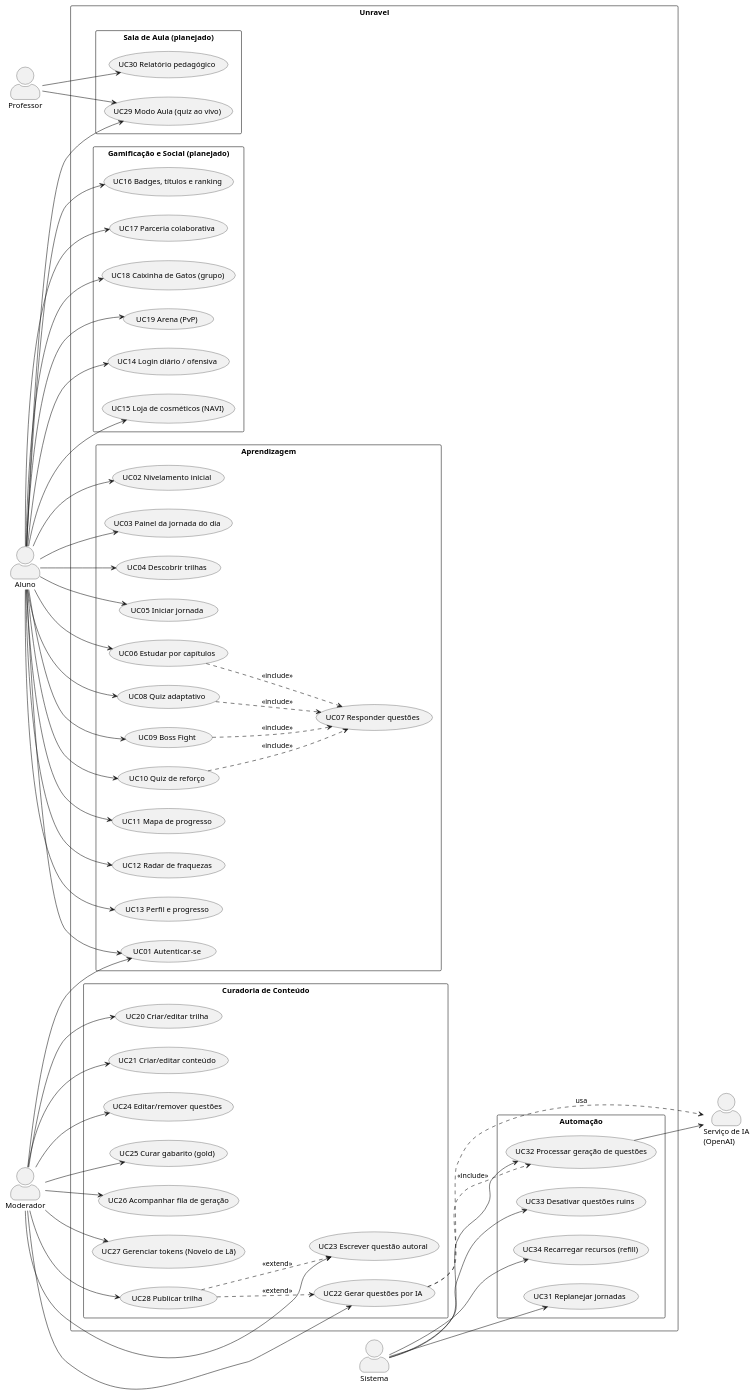
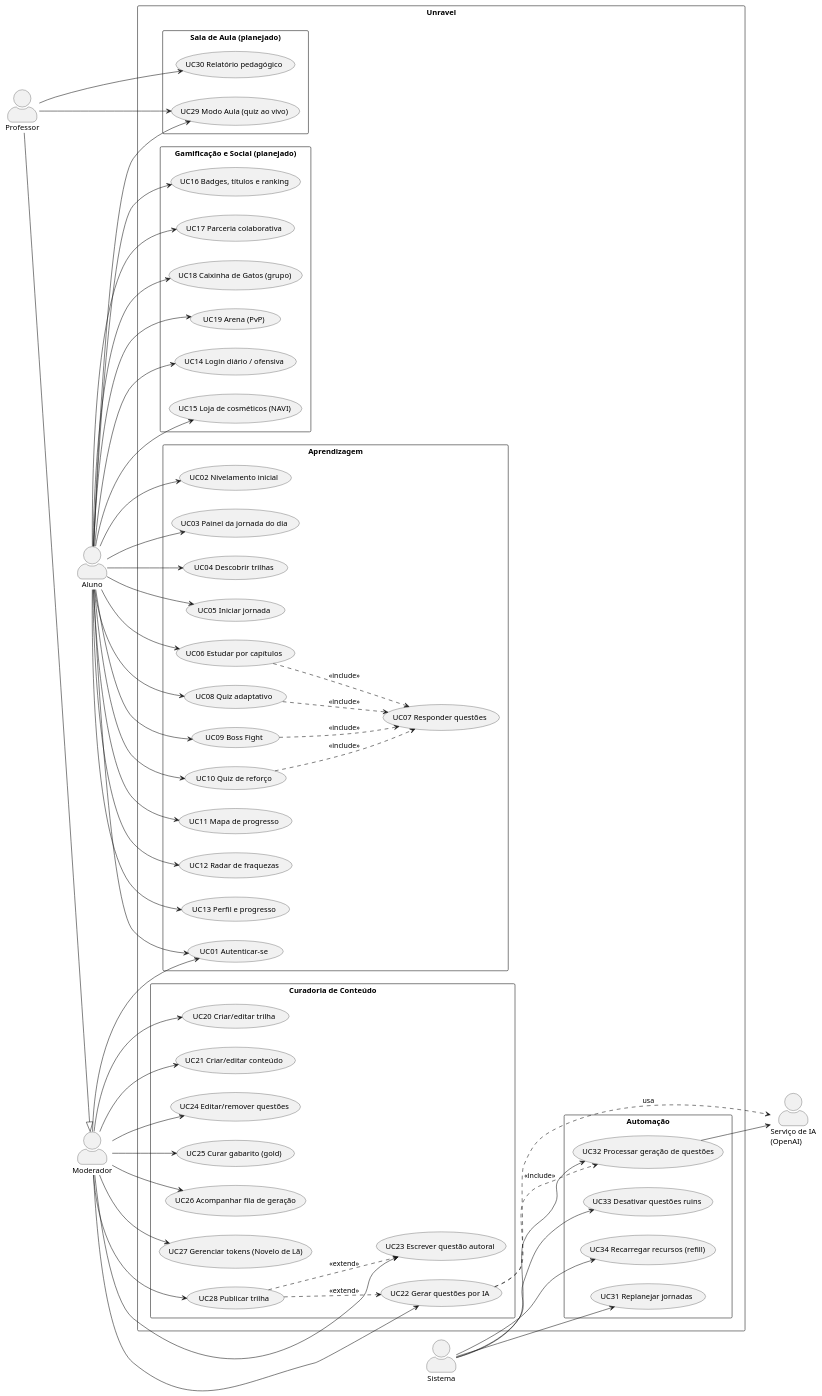
Before and after one commit to KleitonH/Unravel: the diagram in docs/tcc/use-case-diagram.puml, drawn with PlantUML. The commit also changed 2 other files, not shown here.

Commit message:
docs(tcc): Professor como especialização de Moderador (generalização)
Professor e Moderador podem ser a mesma pessoa. Modelado como
generalização de ator (Professor ──▷ Moderador): o Professor herda os
casos de uso de curadoria (UC20–28) e acrescenta o Modo Aula (UC29–30).
Atualiza tabela de atores, diagrama SVG (seta de generalização) e a fonte
PlantUML (prof --|> mod).

```diff
--- a/docs/tcc/use-case-diagram.puml
+++ b/docs/tcc/use-case-diagram.puml
@@ -1,123 +1,124 @@
 @startuml unravel-casos-de-uso
 ' Diagrama de Casos de Uso — Unravel
 ' Renderize em https://www.plantuml.com/plantuml ou na extensão PlantUML (VS Code).
 left to right direction
 skinparam packageStyle rectangle
 skinparam shadowing false
 skinparam actorStyle awesome
 
 actor "Aluno" as aluno
 actor "Moderador" as mod
 actor "Professor" as prof
 actor "Sistema" as sis
 actor "Serviço de IA\n(OpenAI)" as ia
 
 rectangle "Unravel" {
 
   package "Aprendizagem" {
     usecase "UC01 Autenticar-se" as UC01
     usecase "UC02 Nivelamento inicial" as UC02
     usecase "UC03 Painel da jornada do dia" as UC03
     usecase "UC04 Descobrir trilhas" as UC04
     usecase "UC05 Iniciar jornada" as UC05
     usecase "UC06 Estudar por capítulos" as UC06
     usecase "UC07 Responder questões" as UC07
     usecase "UC08 Quiz adaptativo" as UC08
     usecase "UC09 Boss Fight" as UC09
     usecase "UC10 Quiz de reforço" as UC10
     usecase "UC11 Mapa de progresso" as UC11
     usecase "UC12 Radar de fraquezas" as UC12
     usecase "UC13 Perfil e progresso" as UC13
   }
 
   package "Gamificação e Social (planejado)" {
     usecase "UC14 Login diário / ofensiva" as UC14
     usecase "UC15 Loja de cosméticos (NAVI)" as UC15
     usecase "UC16 Badges, títulos e ranking" as UC16
     usecase "UC17 Parceria colaborativa" as UC17
     usecase "UC18 Caixinha de Gatos (grupo)" as UC18
     usecase "UC19 Arena (PvP)" as UC19
   }
 
   package "Curadoria de Conteúdo" {
     usecase "UC20 Criar/editar trilha" as UC20
     usecase "UC21 Criar/editar conteúdo" as UC21
     usecase "UC22 Gerar questões por IA" as UC22
     usecase "UC23 Escrever questão autoral" as UC23
     usecase "UC24 Editar/remover questões" as UC24
     usecase "UC25 Curar gabarito (gold)" as UC25
     usecase "UC26 Acompanhar fila de geração" as UC26
     usecase "UC27 Gerenciar tokens (Novelo de Lã)" as UC27
     usecase "UC28 Publicar trilha" as UC28
   }
 
   package "Sala de Aula (planejado)" {
     usecase "UC29 Modo Aula (quiz ao vivo)" as UC29
     usecase "UC30 Relatório pedagógico" as UC30
   }
 
   package "Automação" {
     usecase "UC31 Replanejar jornadas" as UC31
     usecase "UC32 Processar geração de questões" as UC32
     usecase "UC33 Desativar questões ruins" as UC33
     usecase "UC34 Recarregar recursos (refill)" as UC34
   }
 }
 
 ' --- Aluno ---
 aluno --> UC01
 aluno --> UC02
 aluno --> UC03
 aluno --> UC04
 aluno --> UC05
 aluno --> UC06
 aluno --> UC08
 aluno --> UC09
 aluno --> UC10
 aluno --> UC11
 aluno --> UC12
 aluno --> UC13
 aluno --> UC14
 aluno --> UC15
 aluno --> UC16
 aluno --> UC17
 aluno --> UC18
 aluno --> UC19
 
 ' --- Moderador ---
 mod --> UC01
 mod --> UC20
 mod --> UC21
 mod --> UC22
 mod --> UC23
 mod --> UC24
 mod --> UC25
 mod --> UC26
 mod --> UC27
 mod --> UC28
 
-' --- Professor ---
+' --- Professor (especialização de Moderador) ---
+prof --|> mod
 prof --> UC29
 prof --> UC30
 aluno --> UC29
 
 ' --- Sistema ---
 sis --> UC31
 sis --> UC32
 sis --> UC33
 sis --> UC34
 
 ' --- Serviço de IA ---
 UC32 --> ia
 UC22 ..> ia : usa
 
 ' --- Relações include ---
 UC06 ..> UC07 : <<include>>
 UC08 ..> UC07 : <<include>>
 UC09 ..> UC07 : <<include>>
 UC10 ..> UC07 : <<include>>
 UC22 ..> UC32 : <<include>>
 UC28 ..> UC23 : <<extend>>
 UC28 ..> UC22 : <<extend>>
 
 @enduml
```
